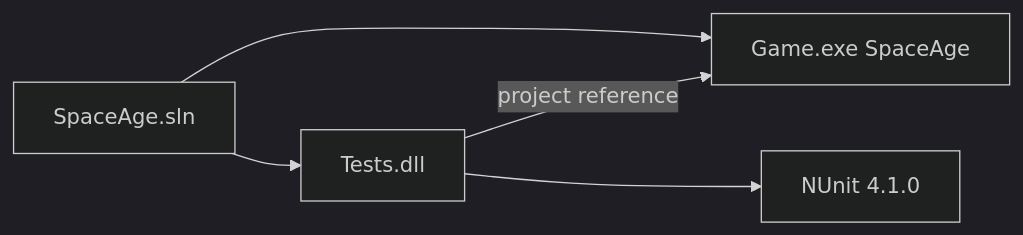
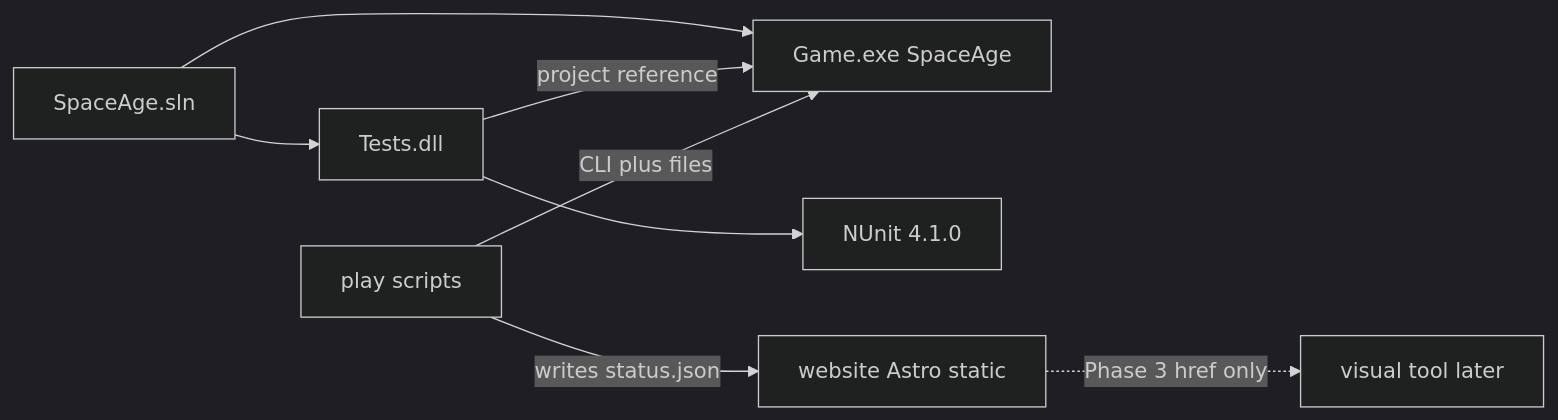
Before and after one commit to sentinemodo/SpaceAge-2024: the diagram in architecture/dependencies/repo-map.md, drawn with Mermaid (dark theme). The commit also changed other lines of this file and 13 other files, not shown here.

First line of the commit message:
Specify the public campaign lobby as a separate Astro site.

````diff
--- a/architecture/dependencies/repo-map.md
+++ b/architecture/dependencies/repo-map.md
@@ -9,8 +9,12 @@
 ```mermaid
 flowchart LR
   sln[SpaceAge.sln]
   sln --> game[Game.exe SpaceAge]
   sln --> tests[Tests.dll]
   tests -->|project reference| game
   tests --> nunit[NUnit 4.1.0]
+  play[play scripts]
+  play -->|CLI plus files| game
+  play -->|writes status.json| site[website Astro static]
+  site -.->|Phase 3 href only| visual[visual tool later]
 ```
````
